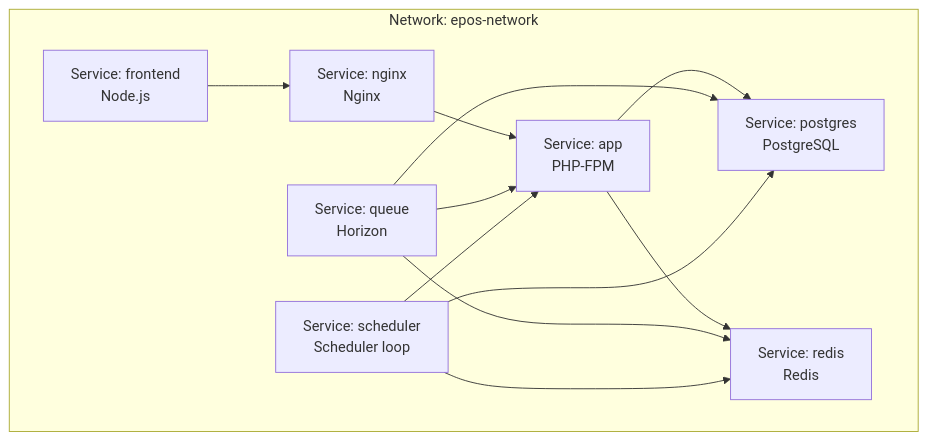
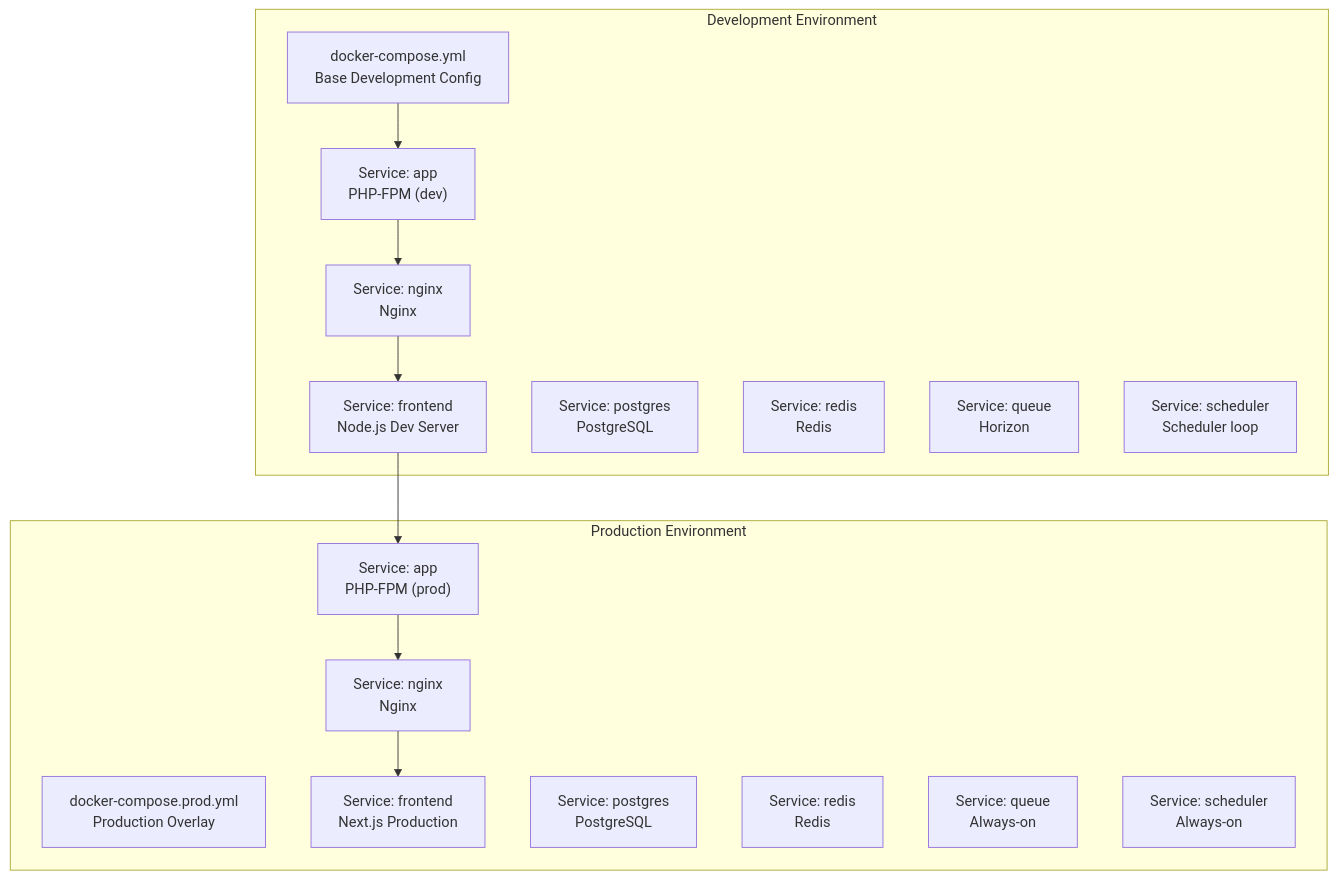
Before and after one commit to FCS-WP/website_portal: the first of 10 diagrams in .qoder/repowiki/en/content/Deployment & Operations/Docker Deployment.md, drawn with Mermaid. The commit also changed other lines of this file and 30 other files, not shown here.

````diff
--- a/.qoder/repowiki/en/content/Deployment & Operations/Docker Deployment.md
+++ b/.qoder/repowiki/en/content/Deployment & Operations/Docker Deployment.md
@@ -40,22 +54,29 @@
 ```mermaid
 graph TB
-subgraph "Network: epos-network"
-APP["Service: app<br/>PHP-FPM"]
-NGINX["Service: nginx<br/>Nginx"]
-FRONTEND["Service: frontend<br/>Node.js"]
-POSTGRES["Service: postgres<br/>PostgreSQL"]
-REDIS["Service: redis<br/>Redis"]
-QUEUE["Service: queue<br/>Horizon"]
-SCHED["Service: scheduler<br/>Scheduler loop"]
+subgraph "Development Environment"
+DEV_COMPOSE["docker-compose.yml<br/>Base Development Config"]
+APP_DEV["Service: app<br/>PHP-FPM (dev)"]
+NGINX_DEV["Service: nginx<br/>Nginx"]
+FRONTEND_DEV["Service: frontend<br/>Node.js Dev Server"]
+POSTGRES_DEV["Service: postgres<br/>PostgreSQL"]
+REDIS_DEV["Service: redis<br/>Redis"]
+QUEUE_DEV["Service: queue<br/>Horizon"]
+SCHED_DEV["Service: scheduler<br/>Scheduler loop"]
 end
-NGINX --> APP
-FRONTEND --> NGINX
-APP --> POSTGRES
-APP --> REDIS
-QUEUE --> APP
-QUEUE --> POSTGRES
-QUEUE --> REDIS
-SCHED --> APP
-SCHED --> POSTGRES
-SCHED --> REDIS
+subgraph "Production Environment"
+PROD_COMPOSE["docker-compose.prod.yml<br/>Production Overlay"]
+APP_PROD["Service: app<br/>PHP-FPM (prod)"]
+NGINX_PROD["Service: nginx<br/>Nginx"]
+FRONTEND_PROD["Service: frontend<br/>Next.js Production"]
+POSTGRES_PROD["Service: postgres<br/>PostgreSQL"]
+REDIS_PROD["Service: redis<br/>Redis"]
+QUEUE_PROD["Service: queue<br/>Always-on"]
+SCHED_PROD["Service: scheduler<br/>Always-on"]
+end
+DEV_COMPOSE --> APP_DEV
+APP_DEV --> NGINX_DEV
+NGINX_DEV --> FRONTEND_DEV
+FRONTEND_DEV --> APP_PROD
+APP_PROD --> NGINX_PROD
+NGINX_PROD --> FRONTEND_PROD
 ```
````
